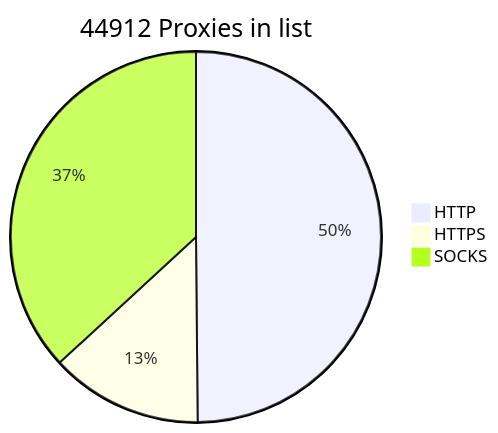
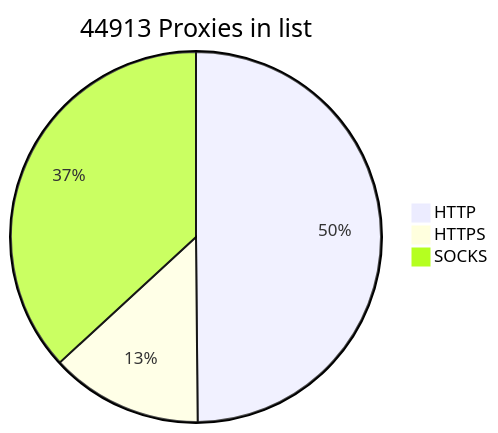
Before and after one commit to BlackSnowDot/proxylist-update-every-minute: the diagram in README.md, drawn with Mermaid.

````diff
--- a/README.md
+++ b/README.md
@@ -2,6 +2,6 @@
 ```mermaid
-pie title 44912 Proxies in list
-    "HTTP" : 24977
+pie title 44913 Proxies in list
+    "HTTP" : 24976
     "HTTPS": 6661
-    "SOCKS" : 18461
+    "SOCKS" : 18462
 ```
````
